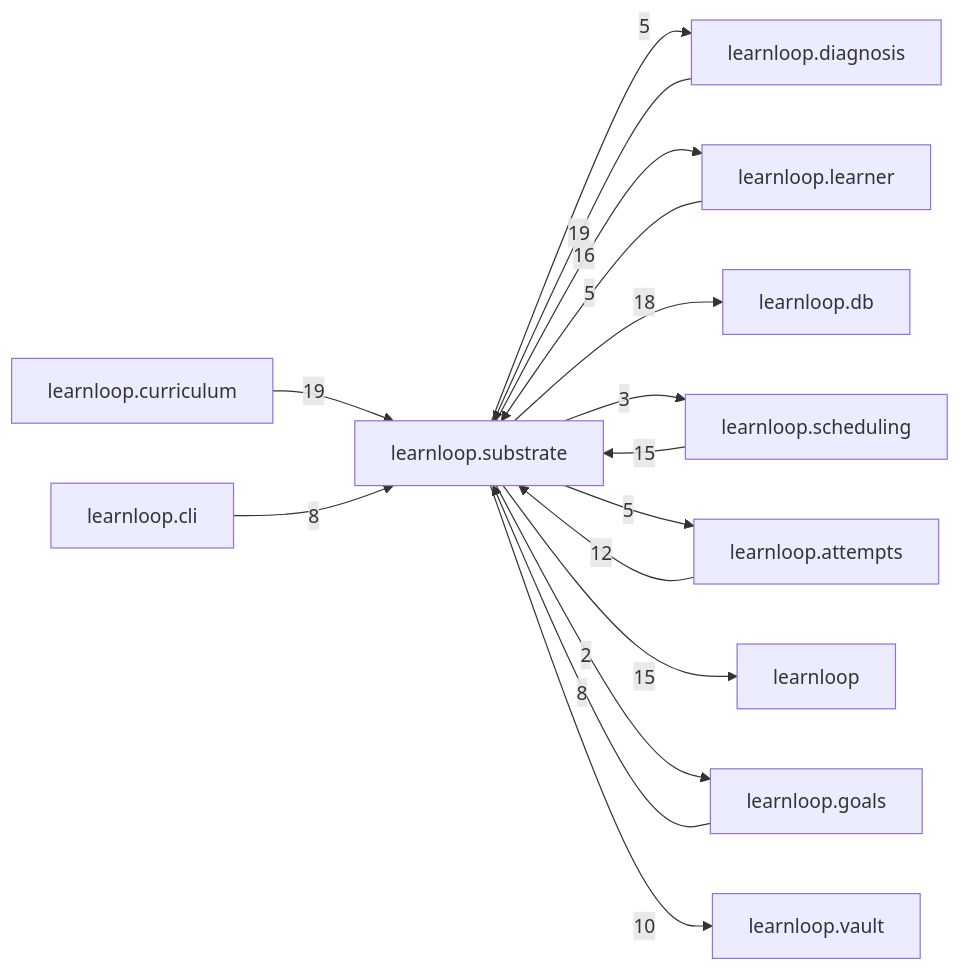
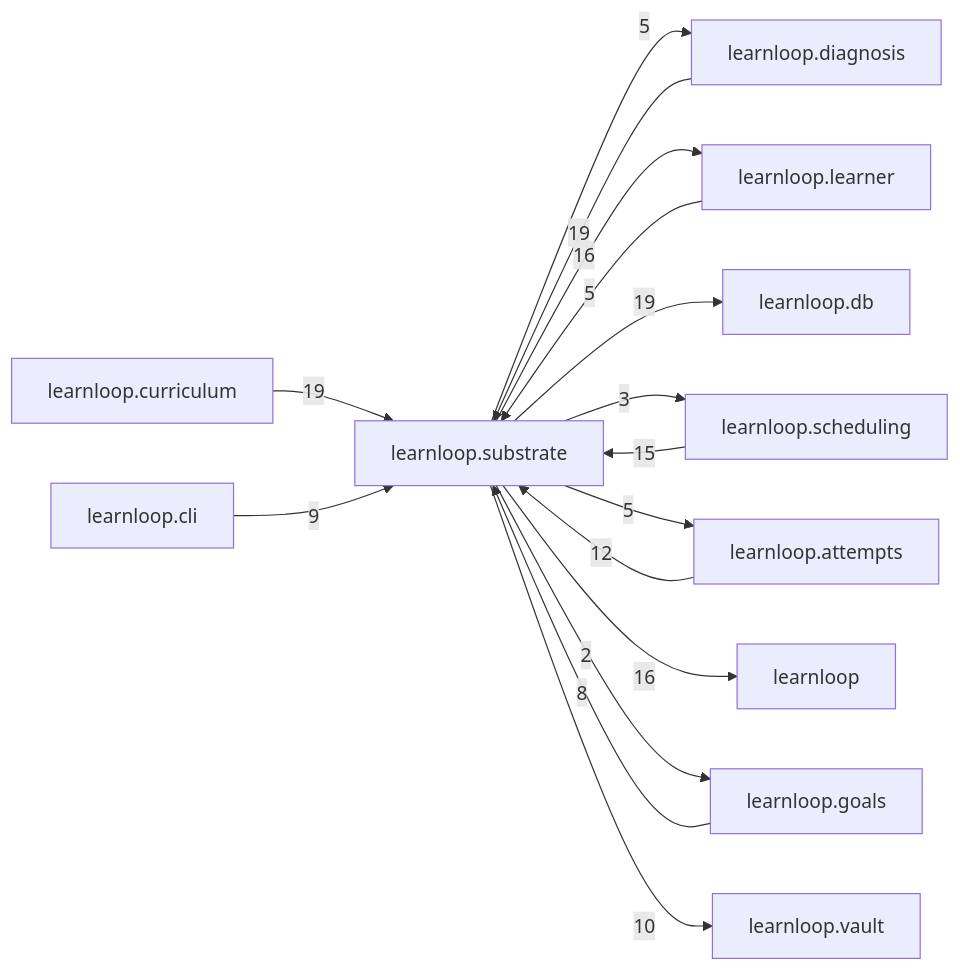
The diagram in docs/learnloop-architecture-vault/Reference/Modules/learnloop/substrate/_package.md (6up-b/learnanything), drawn with Mermaid before and after one commit. The commit also changed other lines of this file and 24 other files, not shown here.

````diff
--- a/docs/learnloop-architecture-vault/Reference/Modules/learnloop/substrate/_package.md
+++ b/docs/learnloop-architecture-vault/Reference/Modules/learnloop/substrate/_package.md
@@ -128,29 +130,29 @@
 ```mermaid
 flowchart LR
     center["learnloop.substrate"]
     n_learnloop_diagnosis["learnloop.diagnosis"]
     n_learnloop_learner["learnloop.learner"]
     n_learnloop_curriculum["learnloop.curriculum"]
     n_learnloop_db["learnloop.db"]
     n_learnloop_scheduling["learnloop.scheduling"]
     n_learnloop_attempts["learnloop.attempts"]
     n_learnloop["learnloop"]
     n_learnloop_goals["learnloop.goals"]
     n_learnloop_vault["learnloop.vault"]
     n_learnloop_cli["learnloop.cli"]
     n_learnloop_diagnosis -->|19| center
     center -->|5| n_learnloop_diagnosis
     n_learnloop_learner -->|5| center
     center -->|16| n_learnloop_learner
     n_learnloop_curriculum -->|19| center
-    center -->|18| n_learnloop_db
+    center -->|19| n_learnloop_db
     n_learnloop_scheduling -->|15| center
     center -->|3| n_learnloop_scheduling
     n_learnloop_attempts -->|12| center
     center -->|5| n_learnloop_attempts
-    center -->|15| n_learnloop
+    center -->|16| n_learnloop
     n_learnloop_goals -->|8| center
     center -->|2| n_learnloop_goals
     center -->|10| n_learnloop_vault
-    n_learnloop_cli -->|8| center
+    n_learnloop_cli -->|9| center
 ```
````
